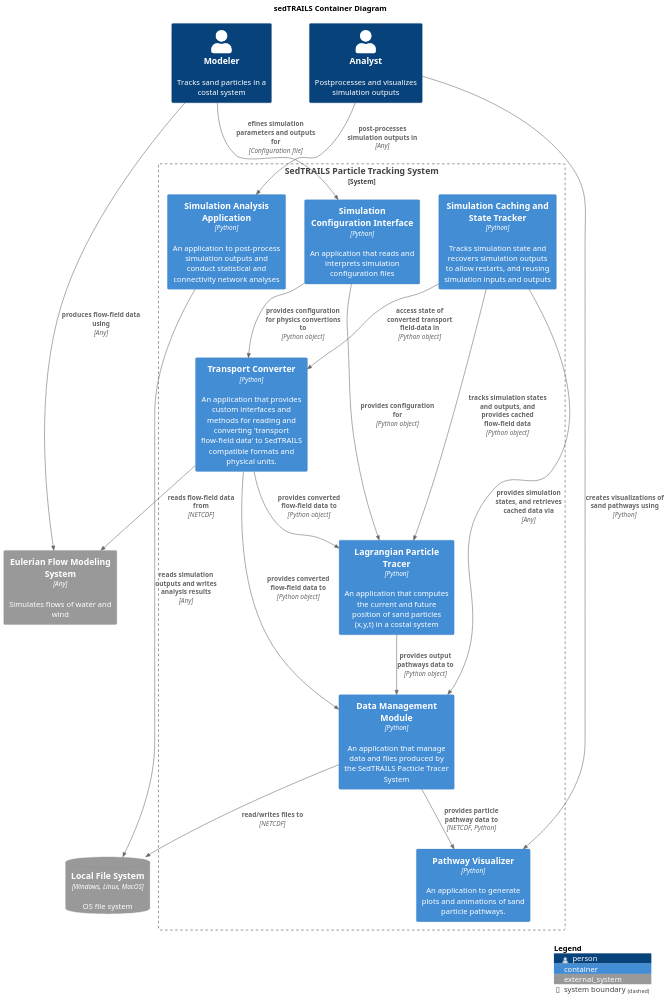
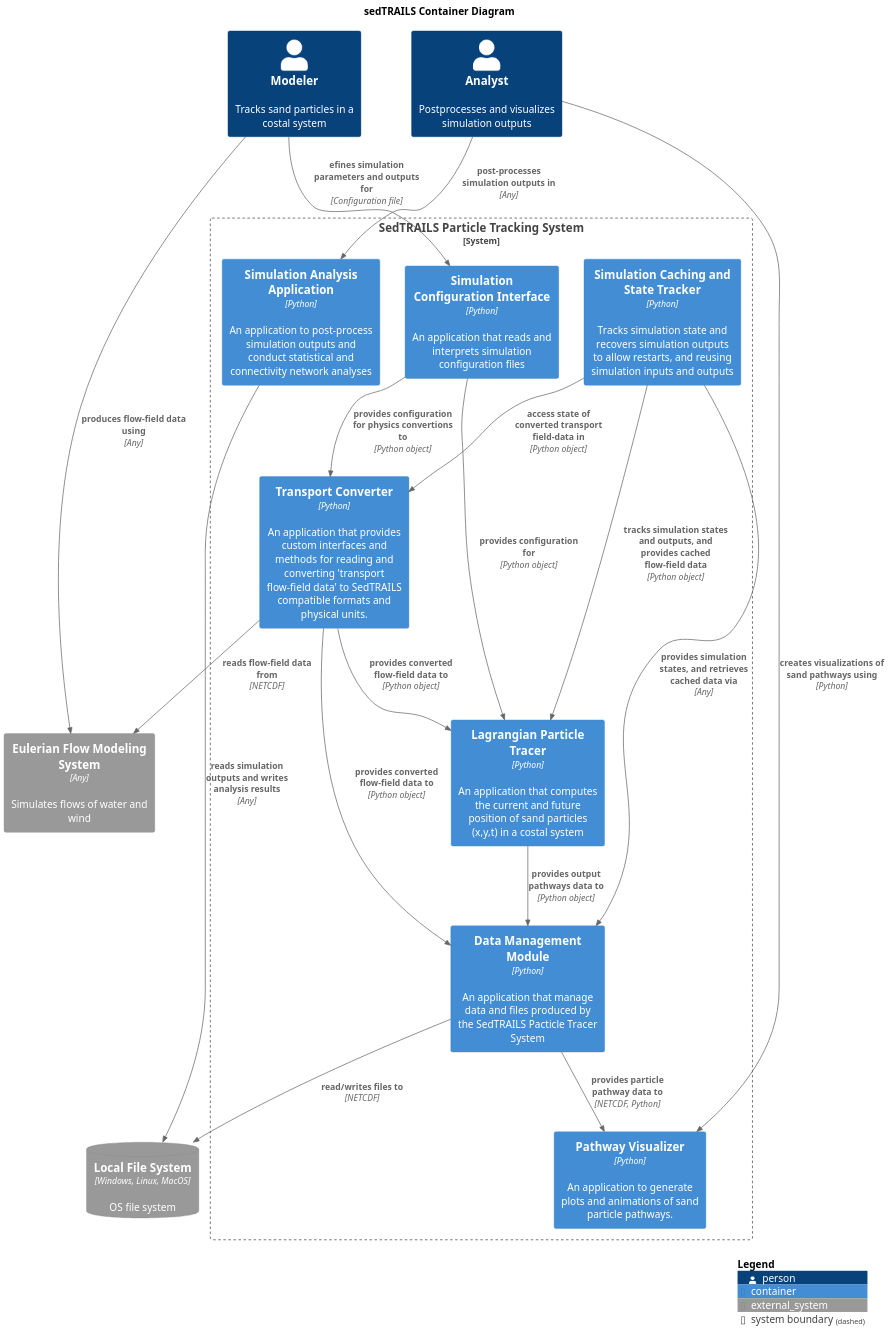
One commit to sgpearson17/sedtrails-sgp changed the diagram in diagrams/containers.puml. Above: the diagram before and after it, drawn with PlantUML. The commit also changed 5 other files, not shown here.

```diff
--- a/diagrams/containers.puml
+++ b/diagrams/containers.puml
@@ -1,53 +1,53 @@
 @startuml SedtrailContainer
 !include ./c4/C4_Container.puml
 
 title sedTRAILS Container Diagram
-scale 1.5
+scale 2
 ' LAYOUT_LANDSCAPE()
 
 Person(modeler, "Modeler", "Tracks sand particles in a costal system")
 Person(analyst, "Analyst", "Postprocesses and visualizes simulation outputs")
 
 System_Boundary(sedtrailsSystem, "SedTRAILS Particle Tracking System"){ 
     Container(sedtrailsTracer, "Lagrangian Particle Tracer", "Python", "An application that computes the current and future position of sand particles (x,y,t) in a costal system")
 
     Container(configInterface, "Simulation Configuration Interface", "Python", "An application that reads and interprets simulation configuration files")
 
     Container(transportConverter, "Transport Converter", "Python", "An application that provides custom interfaces and methods for reading and converting 'transport flow-field data' to SedTRAILS compatible formats and physical units.")
     Container(pathwayVisualizer, "Pathway Visualizer", "Python", "An application to generate plots and animations of sand particle pathways.")
     Container(cache, "Simulation Caching and State Tracker", "Python", "Tracks simulation state and recovers simulation outputs to allow restarts, and reusing simulation inputs and outputs")
     Container(dataManager, "Data Management Module", "Python", "An application that manage data and files produced by the SedTRAILS Pacticle Tracer System")
 
     Container(analystApp, "Simulation Analysis Application", "Python", "An application to post-process simulation outputs and conduct statistical and connectivity network analyses")
  
     Rel(transportConverter, sedtrailsTracer, "provides converted flow-field data to", "Python object")
 
     Rel(cache, sedtrailsTracer, "tracks simulation states and outputs, and provides cached flow-field data", "Python object")
     Rel(cache, transportConverter, "access state of converted transport field-data in", "Python object")
 
     Rel(configInterface, transportConverter, "provides configuration for physics convertions to", "Python object")
     Rel(configInterface, sedtrailsTracer, "provides configuration for", "Python object")
     Rel(sedtrailsTracer, dataManager, "provides output pathways data to", "Python object")
 
     Rel(transportConverter, dataManager, "provides converted flow-field data to", "Python object") 
     Rel(cache, dataManager, "provides simulation states, and retrieves cached data via", "Any") 
 
     Rel(dataManager, pathwayVisualizer, "provides particle pathway data to", "NETCDF, Python")
 }
 System_Ext(flowSystem, "Eulerian Flow Modeling System", "Simulates flows of water and wind", $type="Any")
 
 SystemDb_Ext(fileSystem, "Local File System", "OS file system", $type="Windows, Linux, MacOS")
 
 Rel(dataManager, fileSystem, "read/writes files to", "NETCDF")
 
 Rel(modeler, configInterface, "efines simulation parameters and outputs for", "Configuration file")
 
 Rel(analyst, pathwayVisualizer, "creates visualizations of sand pathways using", "Python")
 Rel(analyst, analystApp, "post-processes simulation outputs in", "Any")
 Rel(analystApp, fileSystem, "reads simulation outputs and writes analysis results", "Any")
 
 Rel(modeler, flowSystem, "produces flow-field data using", "Any")
 Rel(transportConverter, flowSystem, "reads flow-field data from", "NETCDF")
 
 SHOW_LEGEND()
 @enduml
```
